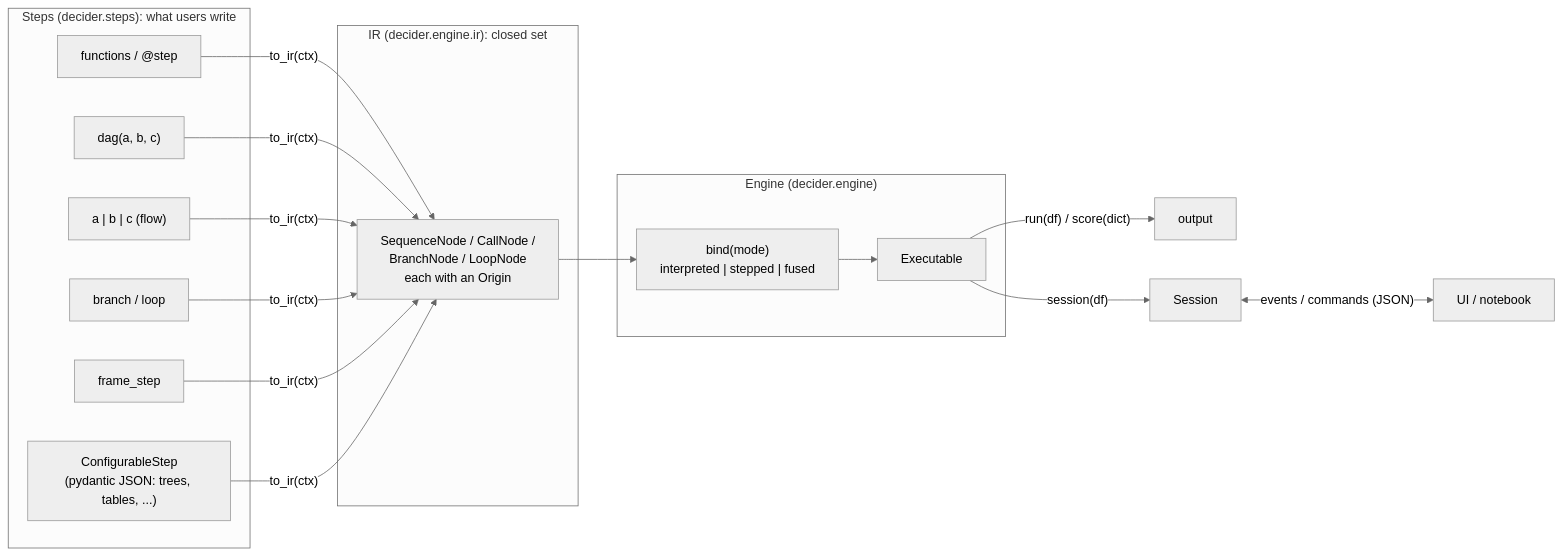
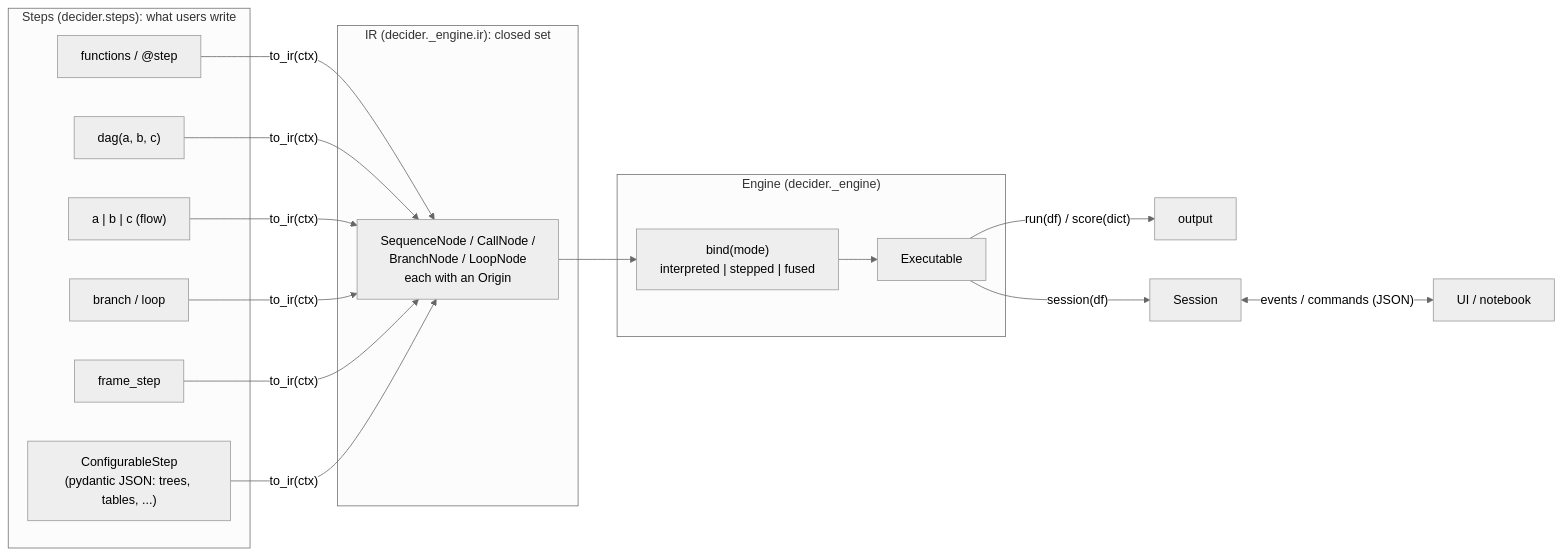
Before and after one commit to capitec/dsp-decision-engine: the first of 4 diagrams in Design.md, drawn with Mermaid (neutral theme). The commit also changed 266 other files, not shown here.

````diff
--- a/Design.md
+++ b/Design.md
@@ -68,26 +68,26 @@
 ```mermaid
 flowchart LR
     subgraph Steps["Steps (decider.steps): what users write"]
         F["functions / @step"]
         D["dag(a, b, c)"]
         Q["a | b | c  (flow)"]
         BR["branch / loop"]
         FS["frame_step"]
         C["ConfigurableStep<br/>(pydantic JSON: trees, tables, ...)"]
     end
 
-    subgraph IR["IR (decider.engine.ir): closed set"]
+    subgraph IR["IR (decider._engine.ir): closed set"]
         N["SequenceNode / CallNode /<br/>BranchNode / LoopNode<br/>each with an Origin"]
     end
 
-    subgraph Engine["Engine (decider.engine)"]
+    subgraph Engine["Engine (decider._engine)"]
         B["bind(mode)<br/>interpreted | stepped | fused"]
         X["Executable"]
     end
 
     F & D & Q & BR & FS & C -- "to_ir(ctx)" --> N
     N --> B --> X
     X -- "run(df) / score(dict)" --> O["output"]
     X -- "session(df)" --> S["Session"]
     S <-->|"events / commands (JSON)"| UI["UI / notebook"]
 ```
````
